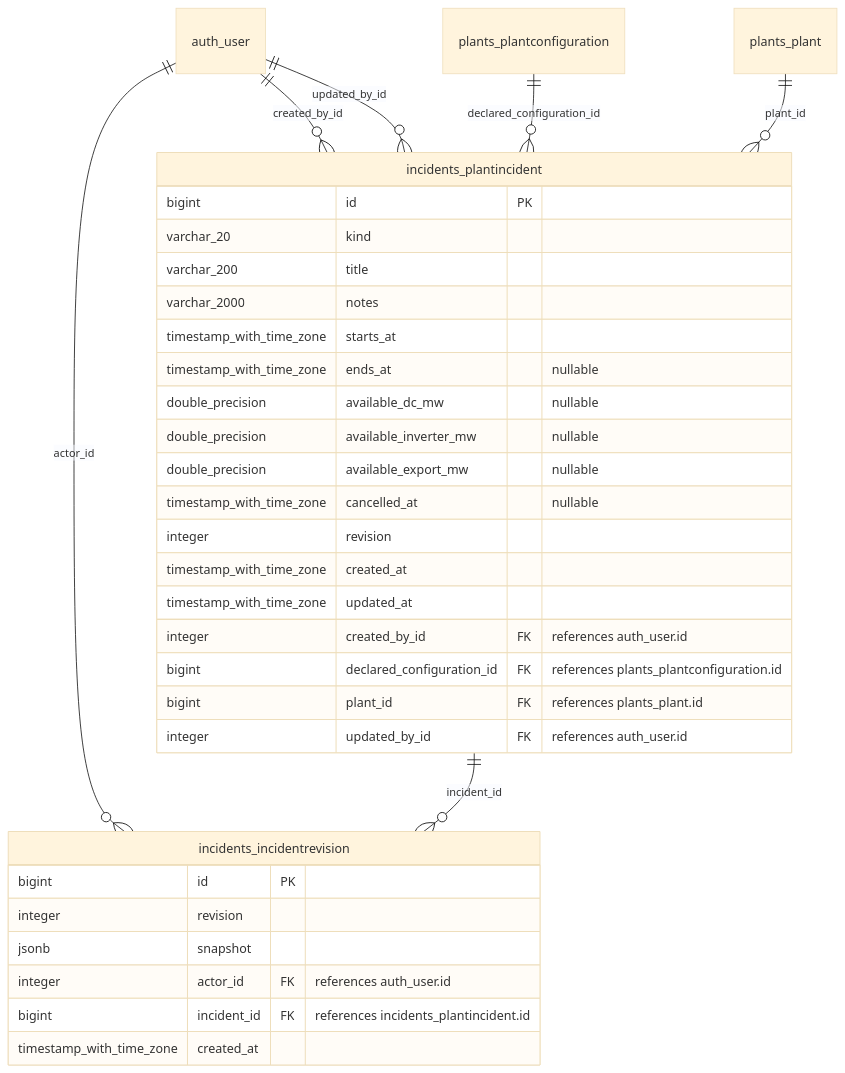
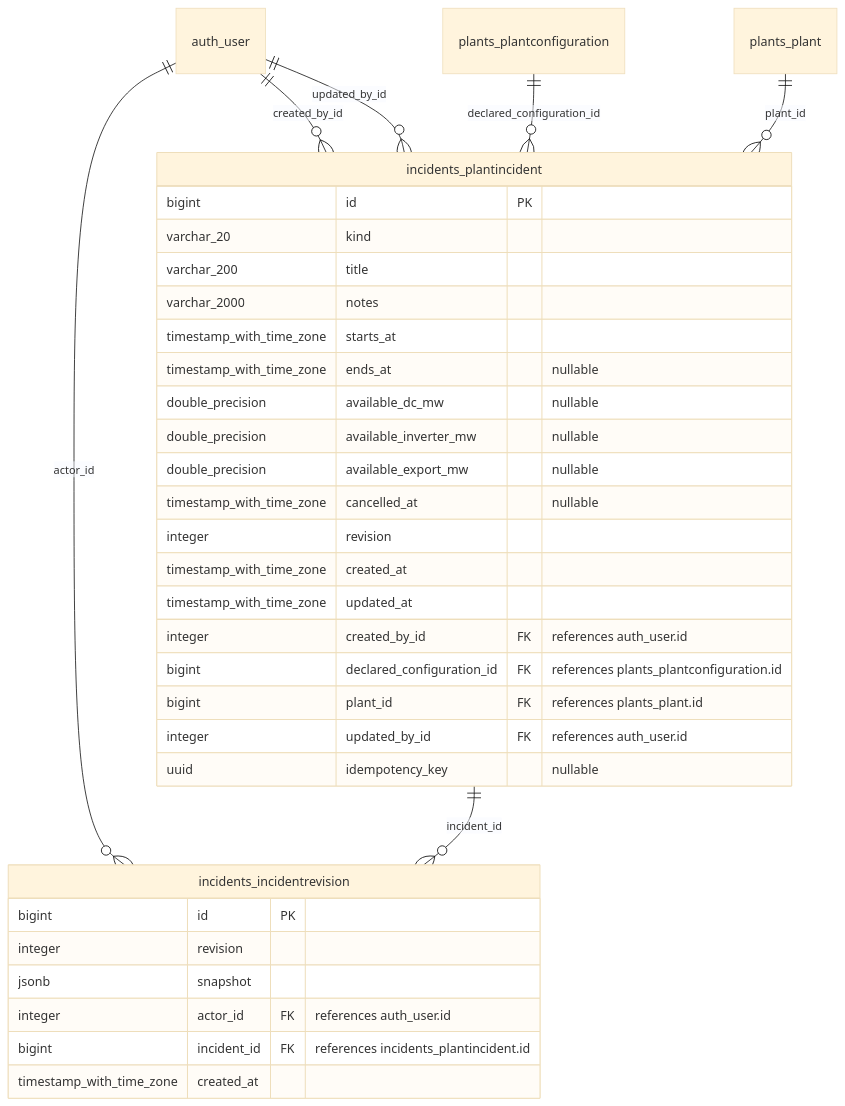
The seventh of 18 diagrams in docs/DATA_MODEL.md (erkurtharun/pyracast), drawn with Mermaid (base theme) before and after one commit. The commit also changed other lines of this file and 16 other files, not shown here.

````diff
--- a/docs/DATA_MODEL.md
+++ b/docs/DATA_MODEL.md
@@ -886,36 +886,37 @@
 ```mermaid
 erDiagram
     incidents_incidentrevision {
         bigint id PK
         integer revision
         jsonb snapshot
         integer actor_id FK "references auth_user.id"
         bigint incident_id FK "references incidents_plantincident.id"
         timestamp_with_time_zone created_at
     }
     incidents_plantincident {
         bigint id PK
         varchar_20 kind
         varchar_200 title
         varchar_2000 notes
         timestamp_with_time_zone starts_at
         timestamp_with_time_zone ends_at "nullable"
         double_precision available_dc_mw "nullable"
         double_precision available_inverter_mw "nullable"
         double_precision available_export_mw "nullable"
         timestamp_with_time_zone cancelled_at "nullable"
         integer revision
         timestamp_with_time_zone created_at
         timestamp_with_time_zone updated_at
         integer created_by_id FK "references auth_user.id"
         bigint declared_configuration_id FK "references plants_plantconfiguration.id"
         bigint plant_id FK "references plants_plant.id"
         integer updated_by_id FK "references auth_user.id"
+        uuid idempotency_key "nullable"
     }
     auth_user ||--o{ incidents_incidentrevision : "actor_id"
     incidents_plantincident ||--o{ incidents_incidentrevision : "incident_id"
     auth_user ||--o{ incidents_plantincident : "created_by_id"
     plants_plantconfiguration ||--o{ incidents_plantincident : "declared_configuration_id"
     plants_plant ||--o{ incidents_plantincident : "plant_id"
     auth_user ||--o{ incidents_plantincident : "updated_by_id"
 ```
````
